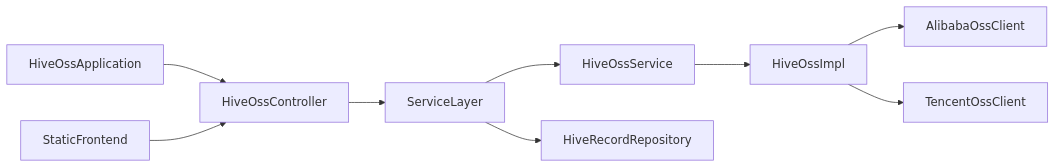
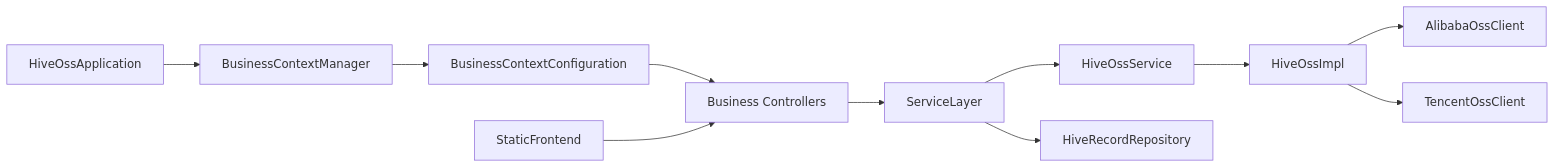
Before and after one commit to yliang01/hive-oss: the diagram in README.md, drawn with Mermaid. The commit also changed other lines of this file and 222 other files, not shown here.

````diff
--- a/README.md
+++ b/README.md
@@ -11,11 +11,13 @@
 ```mermaid
 flowchart LR
-  mainApp[HiveOssApplication] --> apiController[HiveOssController]
+  setupApp[HiveOssApplication] --> manager[BusinessContextManager]
+  manager --> businessContext[BusinessContextConfiguration]
+  businessContext --> apiController[Business Controllers]
   apiController --> serviceLayer[ServiceLayer]
   serviceLayer --> ossFacade[HiveOssService]
   ossFacade --> vendorImpl[HiveOssImpl]
   vendorImpl --> alibabaClient[AlibabaOssClient]
   vendorImpl --> tencentClient[TencentOssClient]
   serviceLayer --> recordRepo[HiveRecordRepository]
   staticUi[StaticFrontend] --> apiController
 ```
````
